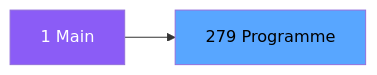
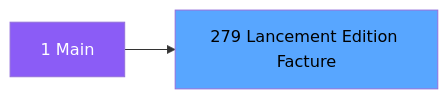
Before and after one commit to thonyAGP/magic-migration: the second of 3 diagrams in .openspec/specs/ADH-IDE-279.md, drawn with Mermaid. The commit also changed other lines of this file and 323 other files, not shown here.

````diff
--- a/.openspec/specs/ADH-IDE-279.md
+++ b/.openspec/specs/ADH-IDE-279.md
@@ -98,8 +109,8 @@
 ```mermaid
 graph LR
     M[1 Main]
-    T[279 Programme]
+    T[279 Lancement Edition Facture]
     M --> T
     style M fill:#8b5cf6,color:#fff
     style T fill:#58a6ff,color:#000
 ```
````
